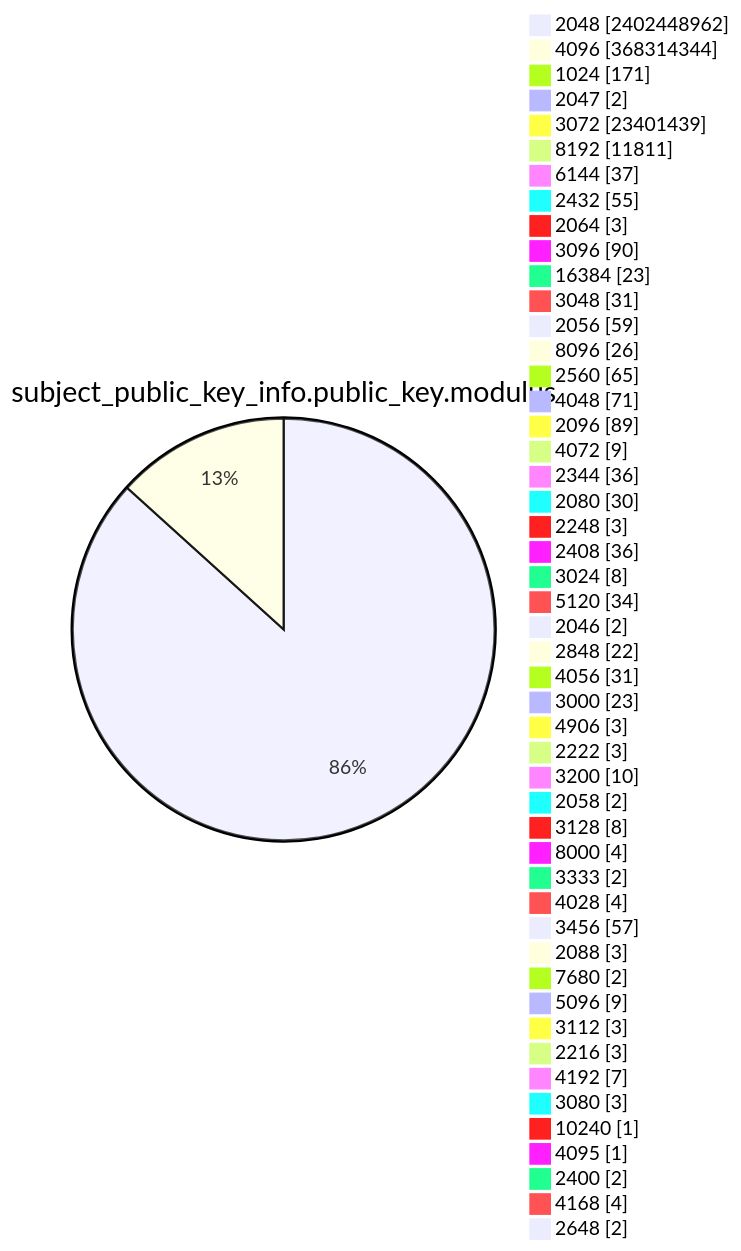
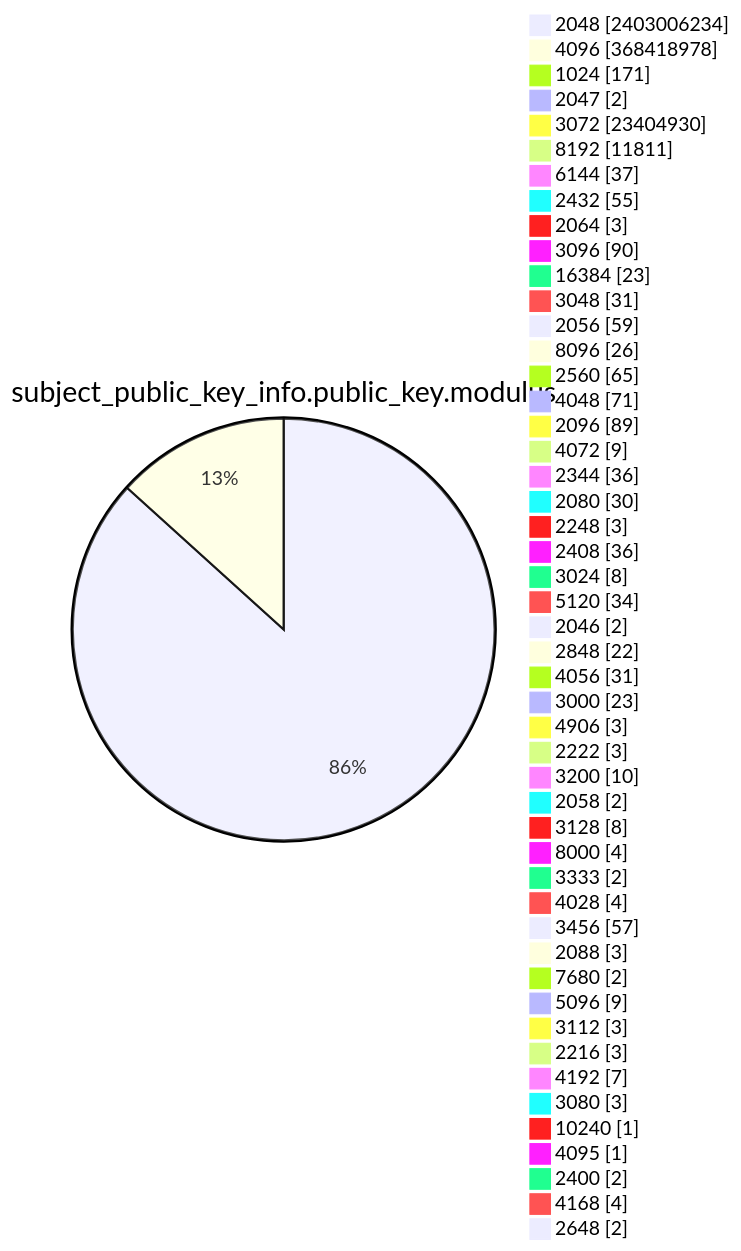
Diagram 13 of 15 in TOTAL/README.md (christiankrug/ctmonitor_visualization), drawn with Mermaid before and after one commit. The commit also changed other lines of this file, not shown here.

````diff
--- a/TOTAL/README.md
+++ b/TOTAL/README.md
@@ -4167,53 +4167,53 @@
 ```mermaid
 pie showData
 title subject_public_key_info.public_key.modulus
-"2048" :2402448962
-"4096" :368314344
+"2048" :2403006234
+"4096" :368418978
 "1024" :171
 "2047" :2
-"3072" :23401439
+"3072" :23404930
 "8192" :11811
 "6144" :37
 "2432" :55
 "2064" :3
 "3096" :90
 "16384" :23
 "3048" :31
 "2056" :59
 "8096" :26
 "2560" :65
 "4048" :71
 "2096" :89
 "4072" :9
 "2344" :36
 "2080" :30
 "2248" :3
 "2408" :36
 "3024" :8
 "5120" :34
 "2046" :2
 "2848" :22
 "4056" :31
 "3000" :23
 "4906" :3
 "2222" :3
 "3200" :10
 "2058" :2
 "3128" :8
 "8000" :4
 "3333" :2
 "4028" :4
 "3456" :57
 "2088" :3
 "7680" :2
 "5096" :9
 "3112" :3
 "2216" :3
 "4192" :7
 "3080" :3
 "10240" :1
 "4095" :1
 "2400" :2
 "4168" :4
 "2648" :2
 ```
````
